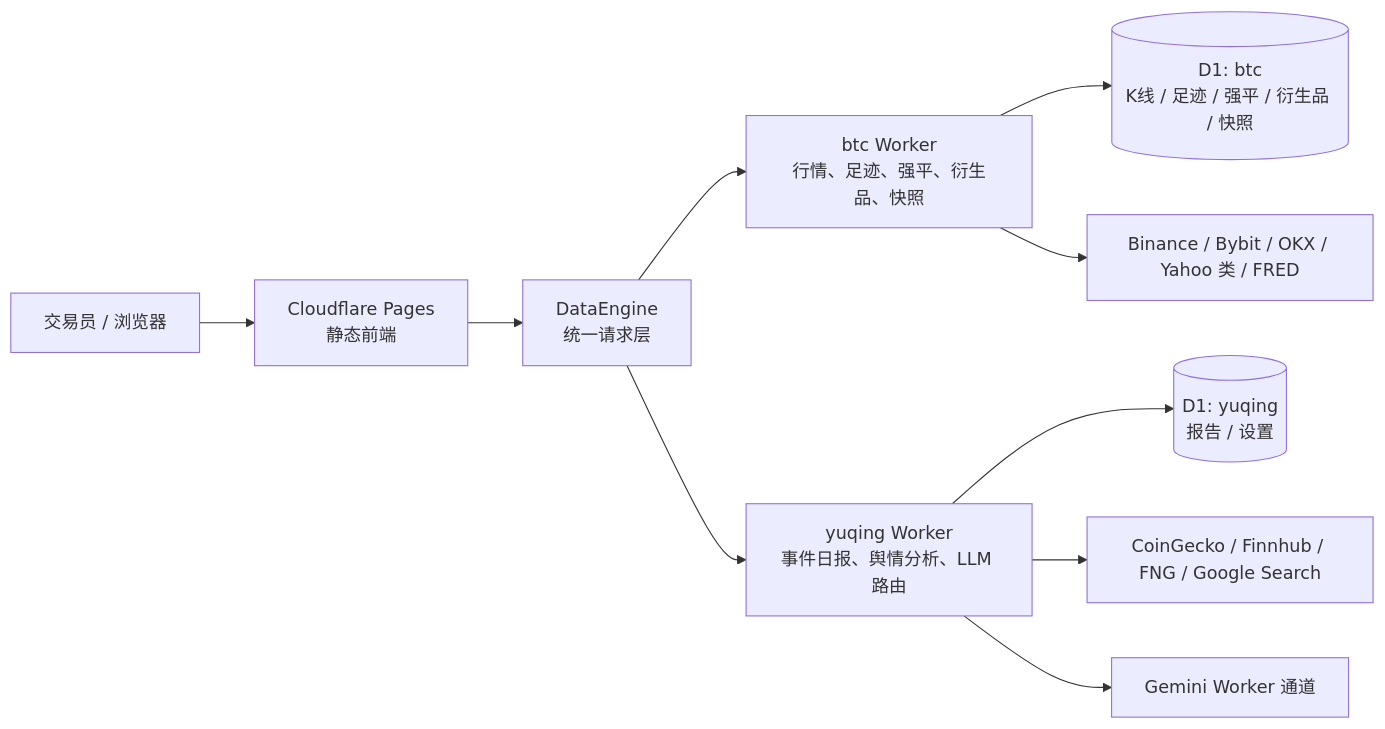
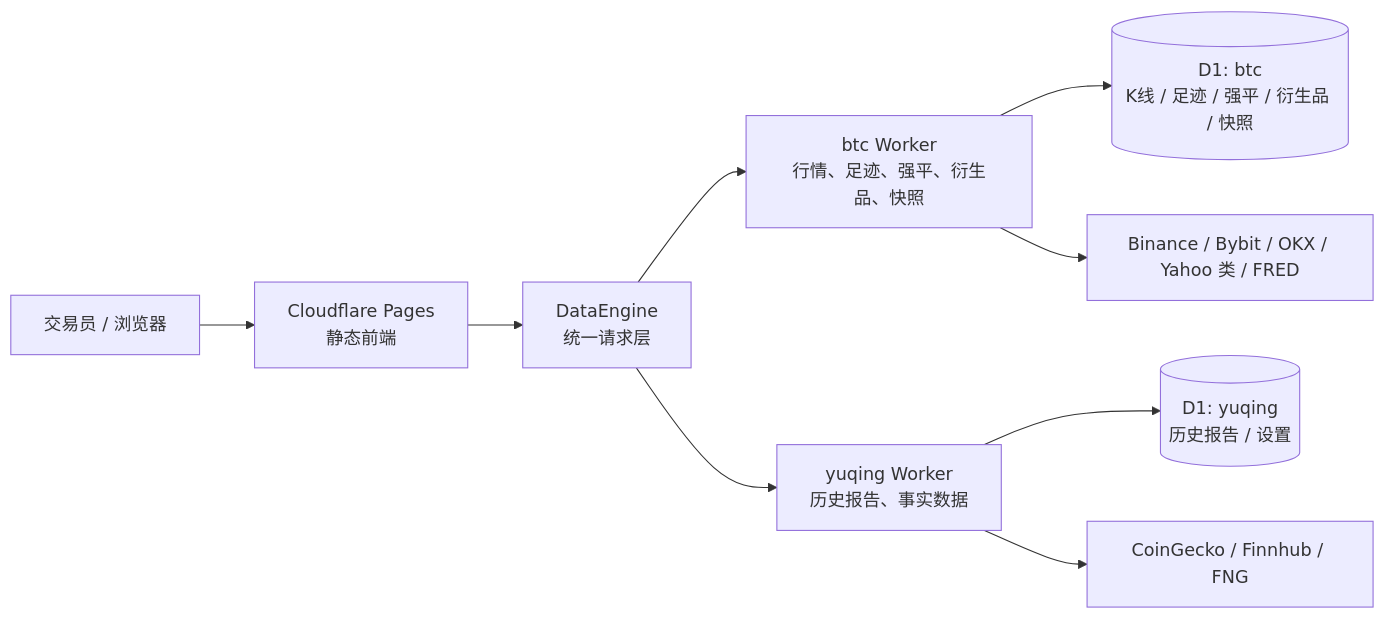
One commit to Feini2002/Bitcoin changed the diagram in README.md. Above: the diagram before and after it, drawn with Mermaid. The commit also changed other lines of this file and 16 other files, not shown here.

````diff
--- a/README.md
+++ b/README.md
@@ -23,15 +23,14 @@
 ```mermaid
 flowchart LR
   user["交易员 / 浏览器"] --> pages["Cloudflare Pages<br/>静态前端"]
   pages --> dataEngine["DataEngine<br/>统一请求层"]
 
   dataEngine --> btcWorker["btc Worker<br/>行情、足迹、强平、衍生品、快照"]
-  dataEngine --> yuqingWorker["yuqing Worker<br/>事件日报、舆情分析、LLM 路由"]
+  dataEngine --> yuqingWorker["yuqing Worker<br/>历史报告、事实数据"]
 
   btcWorker --> btcD1[("D1: btc<br/>K线 / 足迹 / 强平 / 衍生品 / 快照")]
-  yuqingWorker --> yuqingD1[("D1: yuqing<br/>报告 / 设置")]
+  yuqingWorker --> yuqingD1[("D1: yuqing<br/>历史报告 / 设置")]
 
   btcWorker --> marketApis["Binance / Bybit / OKX / Yahoo 类 / FRED"]
-  yuqingWorker --> facts["CoinGecko / Finnhub / FNG / Google Search"]
-  yuqingWorker --> gemini["Gemini Worker 通道"]
+  yuqingWorker --> facts["CoinGecko / Finnhub / FNG"]
 ```
````
